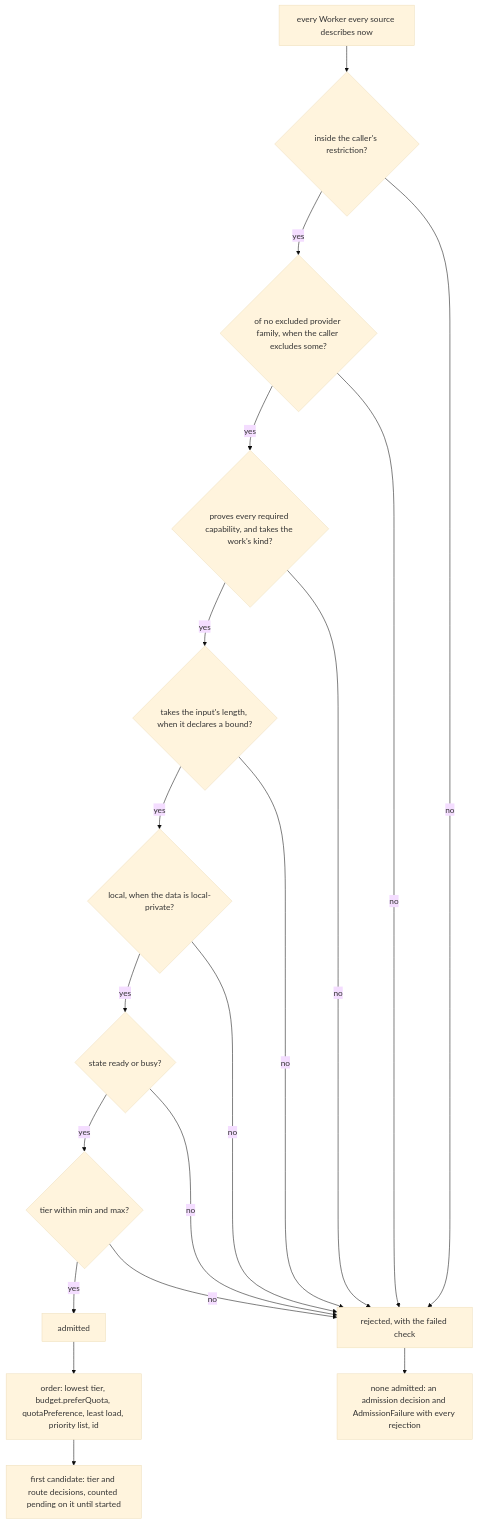
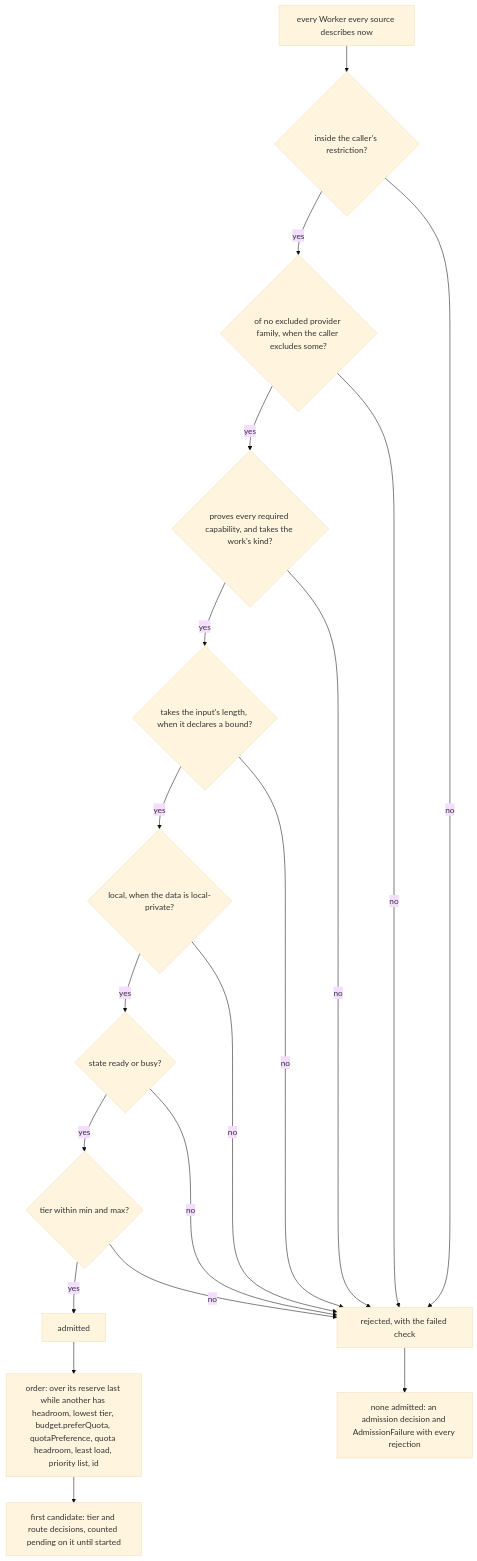
The diagram in docs/design/routing.md (tsuuanmi/system), drawn with Mermaid (base theme) before and after one commit. The commit also changed other lines of this file and 31 other files, not shown here.

First line of the commit message:
routing: every route orders Workers by their accounts' quota headroom, one implementation of it (T185, System run run_e7177bacf2cca30d)

````diff
--- a/docs/design/routing.md
+++ b/docs/design/routing.md
@@ -120,21 +120,21 @@
 ```mermaid
 flowchart TD
   A[every Worker every source describes now] --> B{inside the caller's restriction?}
   B -->|yes| X{"of no excluded provider family, when the caller excludes some?"}
   X -->|yes| C{proves every required capability, and takes the work's kind?}
   C -->|yes| L{"takes the input's length, when it declares a bound?"}
   L -->|yes| D{local, when the data is local-private?}
   D -->|yes| E{state ready or busy?}
   E -->|yes| F{tier within min and max?}
   F -->|yes| G[admitted]
   B -->|no| R[rejected, with the failed check]
   X -->|no| R
   C -->|no| R
   L -->|no| R
   D -->|no| R
   E -->|no| R
   F -->|no| R
-  G --> H["order: lowest tier, budget.preferQuota, quotaPreference, least load, priority list, id"]
+  G --> H["order: over its reserve last while another has headroom, lowest tier, budget.preferQuota, quotaPreference, quota headroom, least load, priority list, id"]
   H --> I[first candidate: tier and route decisions, counted pending on it until started]
   R --> J[none admitted: an admission decision and AdmissionFailure with every rejection]
 ```
````
